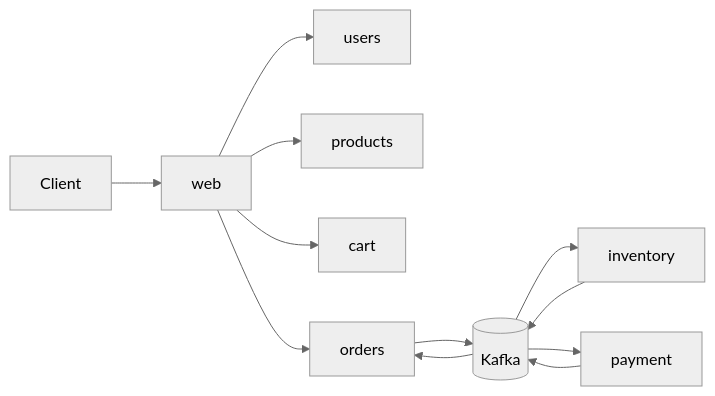
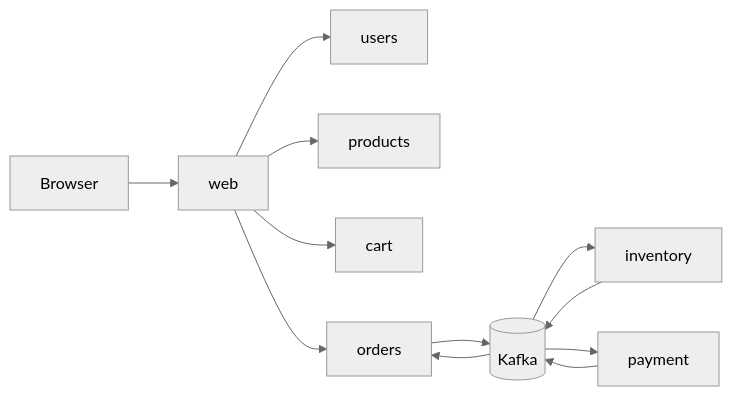
The first of 2 diagrams in README.md (phuchoang2603/refurbished-marketplace), drawn with Mermaid (neutral theme) before and after one commit. The commit also changed other lines of this file and 36 other files, not shown here.

First line of the commit message:
feat(web): migrate browser edge to server-rendered HTML

````diff
--- a/README.md
+++ b/README.md
@@ -21,14 +22,14 @@
 ```mermaid
 graph LR
-  Client[Client] --> Web[web]
+  Browser[Browser] --> Web[web]
   Web --> Users[users]
   Web --> Products[products]
   Web --> Cart[cart]
   Web --> Orders[orders]
   Orders --> Kafka[(Kafka)]
   Kafka --> Inventory[inventory]
   Kafka --> Payment[payment]
   Kafka --> Orders
   Payment --> Kafka
   Inventory --> Kafka
 ```
````
